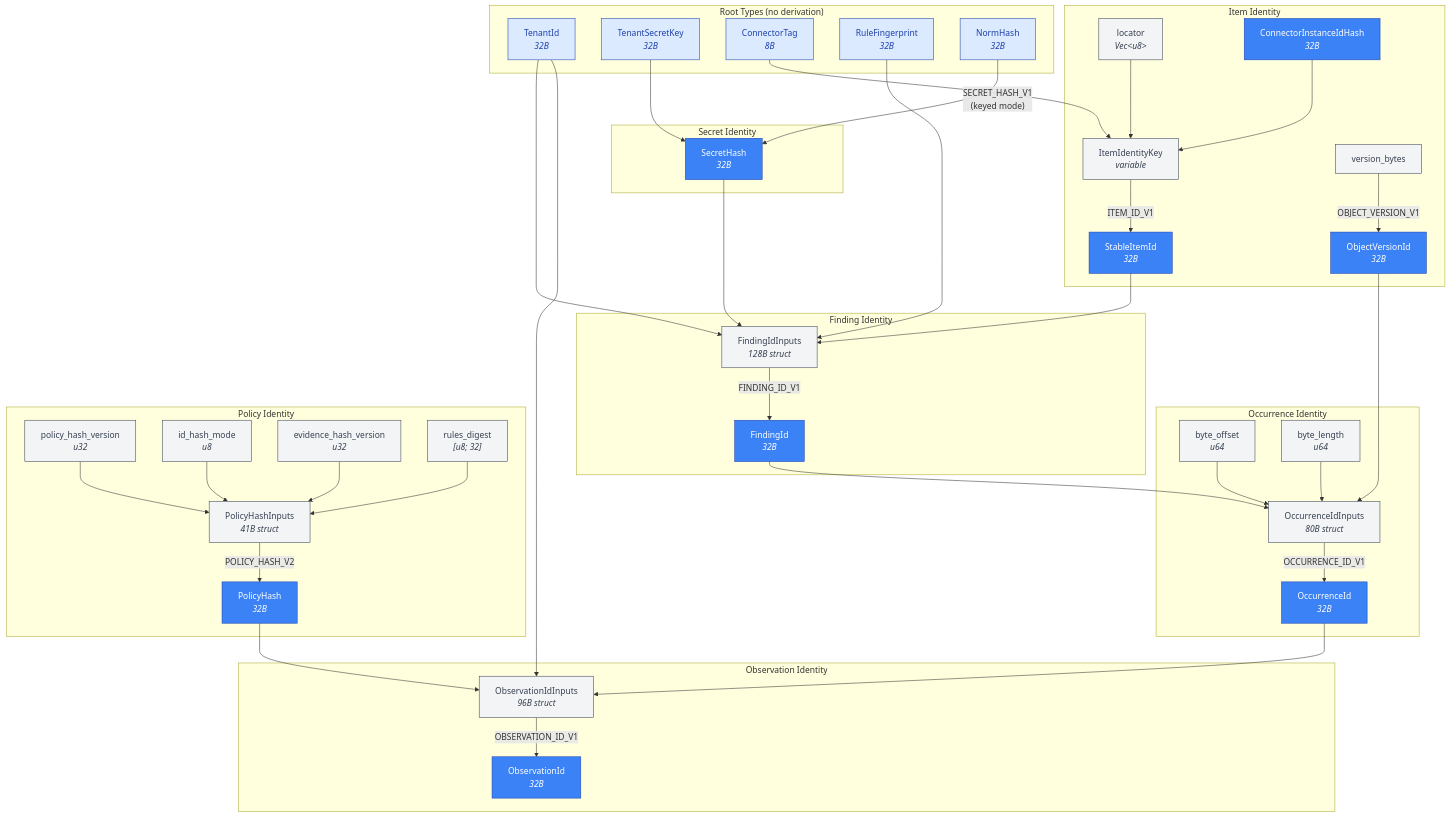
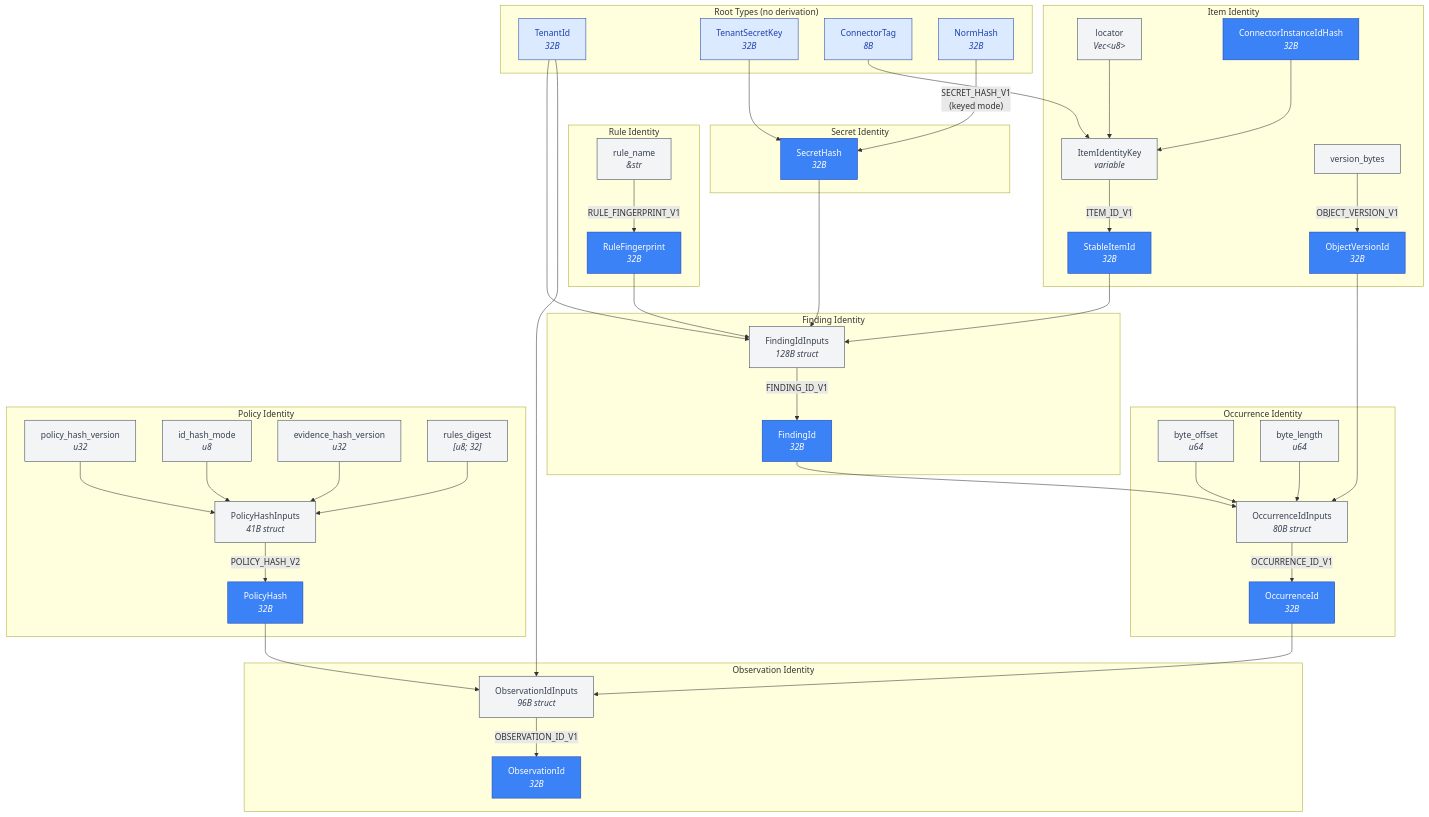
The first of 7 diagrams in diagrams/03-id-derivation-dag.md (ahrav/Gossip-rs), drawn with Mermaid before and after one commit. The commit also changed other lines of this file and 30 other files, not shown here.

First line of the commit message:
Add rule fingerprint derivation to finding identity

```diff
--- a/diagrams/03-id-derivation-dag.md
+++ b/diagrams/03-id-derivation-dag.md
@@ -21,8 +21,12 @@
         TenantId["TenantId<br/><i>32B</i>"]
         TenantSecretKey["TenantSecretKey<br/><i>32B</i>"]
         ConnectorTag["ConnectorTag<br/><i>8B</i>"]
+        NormHash["NormHash<br/><i>32B</i>"]
+    end
+
+    subgraph RuleIdentity ["Rule Identity"]
+        rule_name["rule_name<br/><i>&amp;str</i>"]
         RuleFingerprint["RuleFingerprint<br/><i>32B</i>"]
-        NormHash["NormHash<br/><i>32B</i>"]
     end
 
     subgraph ItemIdentity ["Item Identity"]
@@ -63,6 +67,9 @@
         PolicyHashInputs["PolicyHashInputs<br/><i>41B struct</i>"]
         PolicyHash["PolicyHash<br/><i>32B</i>"]
     end
+
+    %% Rule fingerprint chain
+    rule_name -->|"RULE_FINGERPRINT_V1"| RuleFingerprint
 
     %% Item chain
     ConnectorTag --> ItemIdentityKey
@@ -106,8 +113,10 @@
     style TenantId fill:#DBEAFE,stroke:#1E40AF,color:#1E40AF
     style TenantSecretKey fill:#DBEAFE,stroke:#1E40AF,color:#1E40AF
     style ConnectorTag fill:#DBEAFE,stroke:#1E40AF,color:#1E40AF
-    style RuleFingerprint fill:#DBEAFE,stroke:#1E40AF,color:#1E40AF
     style NormHash fill:#DBEAFE,stroke:#1E40AF,color:#1E40AF
+
+    style rule_name fill:#F3F4F6,stroke:#374151,color:#374151
+    style RuleFingerprint fill:#3B82F6,stroke:#1E40AF,color:#FFFFFF
 
     style StableItemId fill:#3B82F6,stroke:#1E40AF,color:#FFFFFF
     style ObjectVersionId fill:#3B82F6,stroke:#1E40AF,color:#FFFFFF
```
